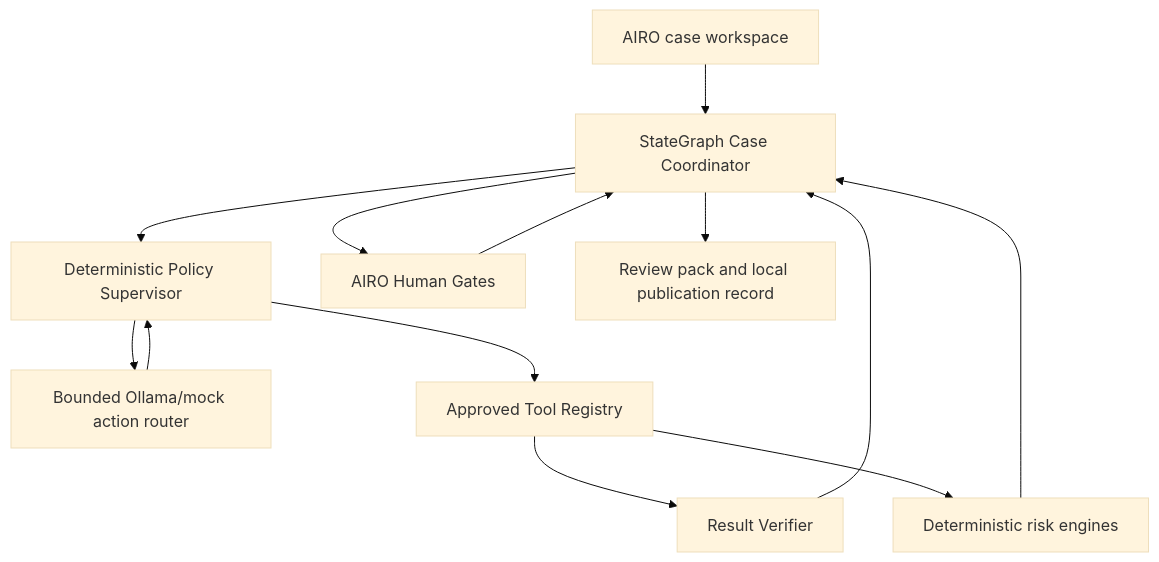
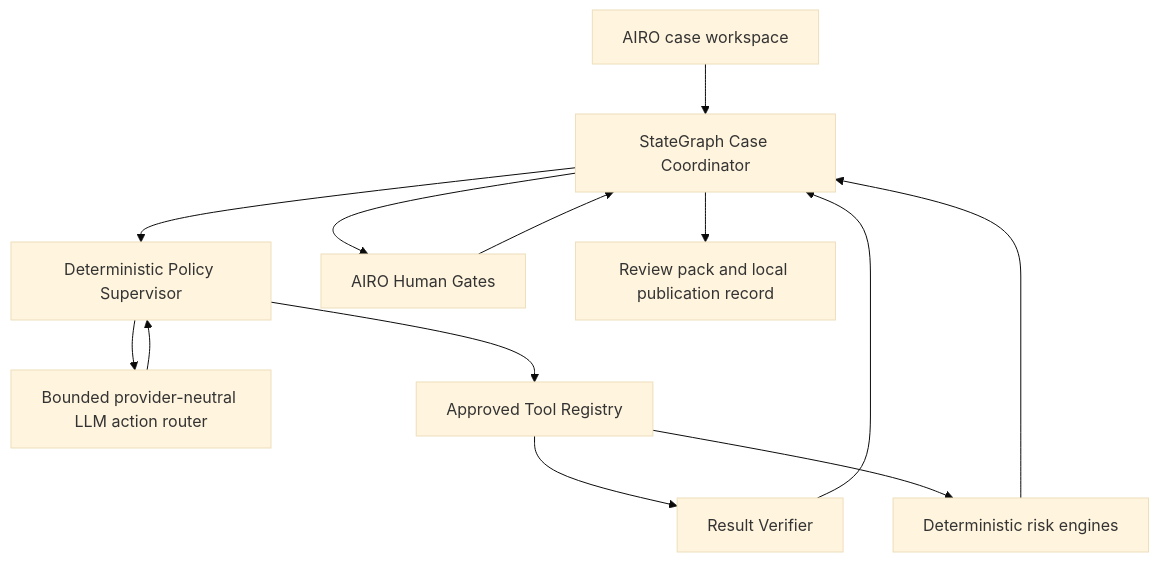
Before and after one commit to phd08bl/model_registry_hugging: the diagram in ai-risk-triage-demo/README.md, drawn with Mermaid (base theme). The commit also changed other lines of this file and 25 other files, not shown here.

````diff
--- a/ai-risk-triage-demo/README.md
+++ b/ai-risk-triage-demo/README.md
@@ -34,15 +35,15 @@
 ```mermaid
 flowchart TD
     U["AIRO case workspace"] --> C["StateGraph Case Coordinator"]
     C --> S["Deterministic Policy Supervisor"]
-    S --> L["Bounded Ollama/mock action router"]
+    S --> L["Bounded provider-neutral LLM action router"]
     S --> T["Approved Tool Registry"]
     T --> V["Result Verifier"]
     T --> D["Deterministic risk engines"]
     C --> H["AIRO Human Gates"]
     L --> S
     V --> C
     D --> C
     H --> C
     C --> P["Review pack and local publication record"]
 ```
````
